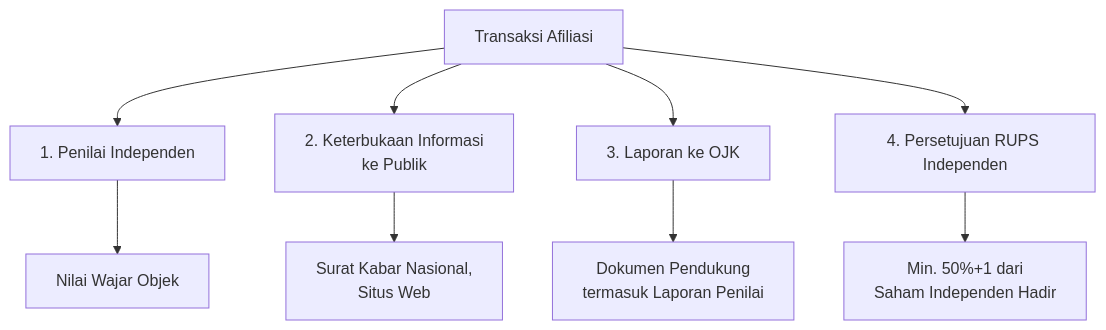
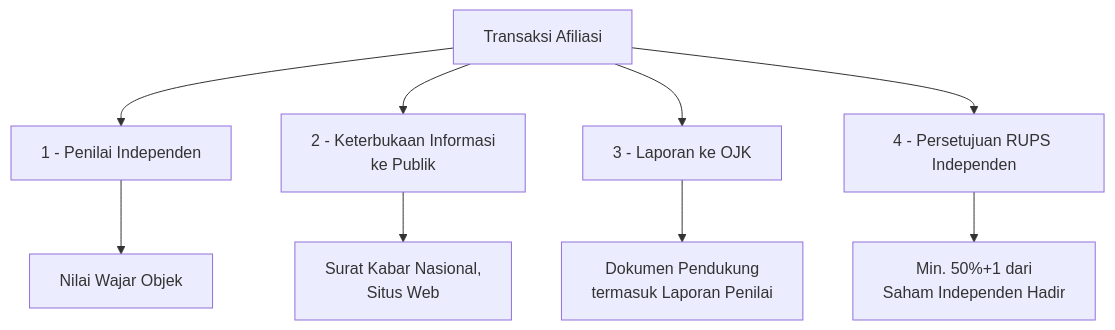
One commit to hifdzimaulana/beate-vivere changed the fifth of 12 diagrams in content/Lectures/uas-pasmod.md. Above: the diagram before and after it, drawn with Mermaid.

Commit message:
minor changes uas pasmod

````diff
--- a/content/Lectures/uas-pasmod.md
+++ b/content/Lectures/uas-pasmod.md
@@ -473,12 +473,12 @@
 ```mermaid
 graph TD
-    A[Transaksi Afiliasi] --> B[1. Penilai Independen]
-    A --> C[2. Keterbukaan Informasi<br/>ke Publik]
-    A --> D[3. Laporan ke OJK]
-    A --> E[4. Persetujuan RUPS Independen]
+    A[Transaksi Afiliasi] --> B[1 - Penilai Independen]
+    A --> C[2 - Keterbukaan Informasi<br/>ke Publik]
+    A --> D[3 - Laporan ke OJK]
+    A --> E[4 - Persetujuan RUPS Independen]
     
     B --> F[Nilai Wajar Objek]
     C --> G[Surat Kabar Nasional,<br/>Situs Web]
     D --> H[Dokumen Pendukung<br/>termasuk Laporan Penilai]
     E --> I[Min. 50%+1 dari<br/>Saham Independen Hadir]
 ```
````
